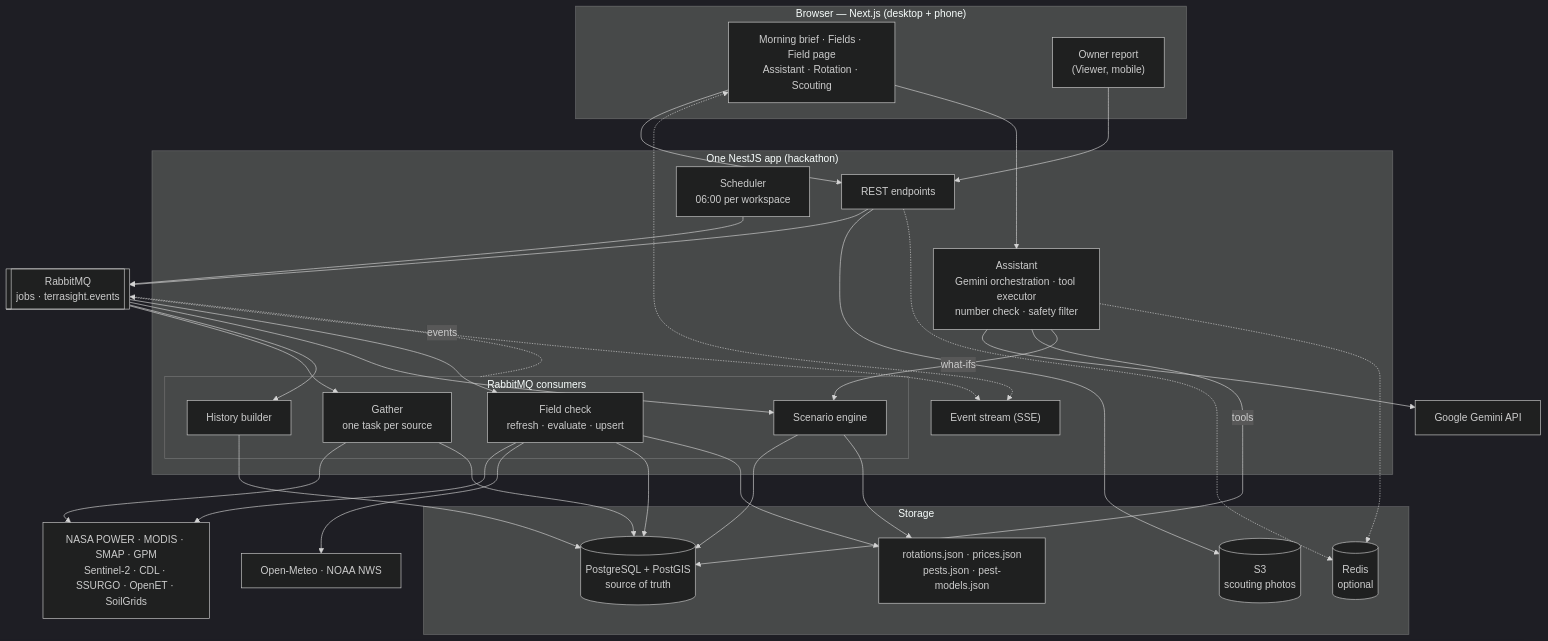
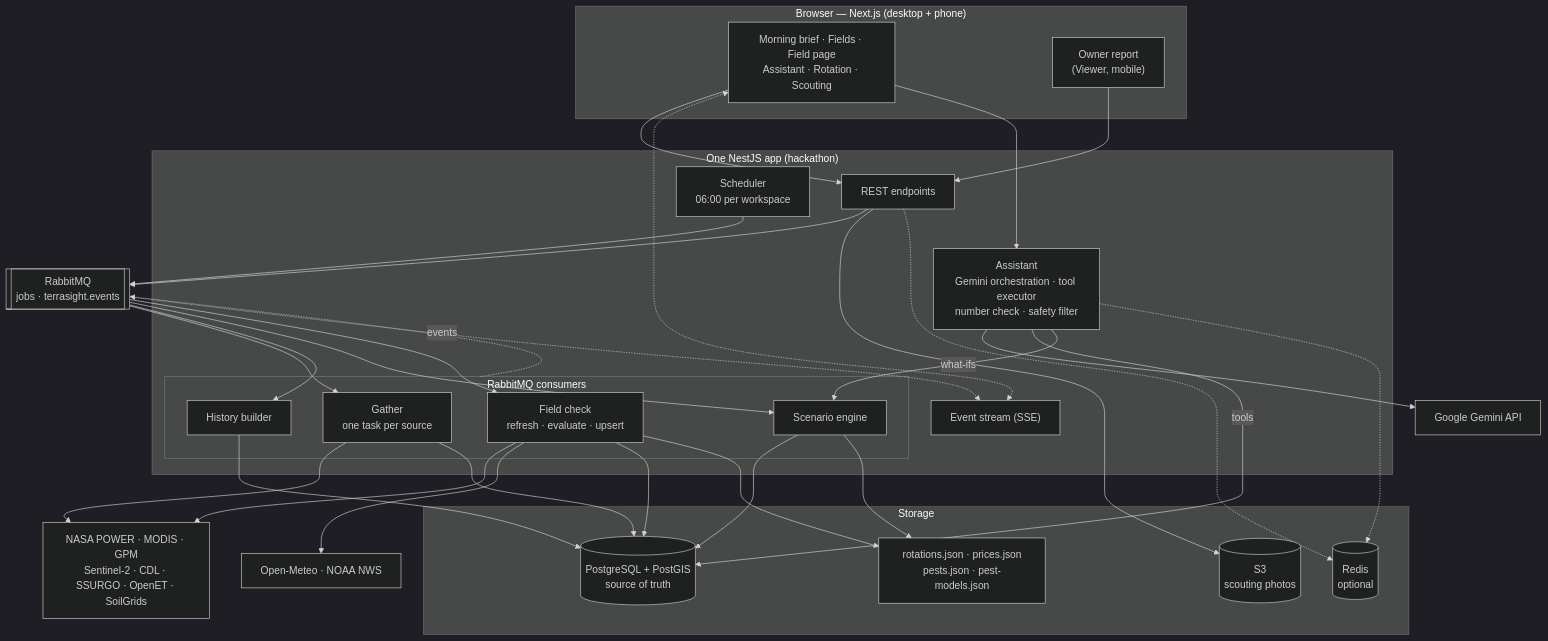
The first of 6 diagrams in docs/02-rfc.md (nekojidev/Terrasight), drawn with Mermaid (dark theme) before and after one commit. The commit also changed other lines of this file and 17 other files, not shown here.

Commit message:
S-10.11 GPM IMERG monthly precipitation adapter and check service; remove SMAP from docs and copy

````diff
--- a/docs/02-rfc.md
+++ b/docs/02-rfc.md
@@ -60,53 +60,53 @@
 ```mermaid
 flowchart TB
     subgraph Browser["Browser — Next.js (desktop + phone)"]
         UI["Morning brief · Fields · Field page<br/>Assistant · Rotation · Scouting"]
         REP["Owner report<br/>(Viewer, mobile)"]
     end
 
     subgraph App["One NestJS app (hackathon)"]
         REST["REST endpoints"]
         SSE["Event stream (SSE)"]
         AST["Assistant<br/>Gemini orchestration · tool executor<br/>number check · safety filter"]
         subgraph Consumers["RabbitMQ consumers"]
             G["Gather<br/>one task per source"]
             H["History builder"]
             SIM["Scenario engine"]
             W["Field check<br/>refresh · evaluate · upsert"]
         end
         SCH["Scheduler<br/>06:00 per workspace"]
     end
 
     subgraph Store["Storage"]
         PG[("PostgreSQL + PostGIS<br/>source of truth")]
         R[("Redis<br/>optional")]
         S3[("S3<br/>scouting photos")]
         LIB["rotations.json · prices.json<br/>pests.json · pest-models.json"]
     end
 
     MQ[["RabbitMQ<br/>jobs · terrasight.events"]]
-    EXT["NASA POWER · MODIS · SMAP · GPM<br/>Sentinel-2 · CDL · SSURGO · OpenET · SoilGrids"]
+    EXT["NASA POWER · MODIS · GPM<br/>Sentinel-2 · CDL · SSURGO · OpenET · SoilGrids"]
     FC["Open-Meteo · NOAA NWS"]
     LLM["Google Gemini API"]
 
     UI --> REST
     UI <-.-> SSE
     UI --> AST
     REP --> REST
     REST --> MQ
     REST --> S3
     SCH --> MQ
     MQ --> G & H & SIM & W
     G --> EXT
     W --> EXT
     W --> FC
     G & H & SIM & W --> PG
     SIM & W --> LIB
     AST --> LLM
     AST -- "tools" --> PG
     AST -- "what-ifs" --> SIM
     REST -.-> R
     AST -.-> R
     Consumers -. "events" .-> MQ
     MQ -.-> SSE
 ```
````
